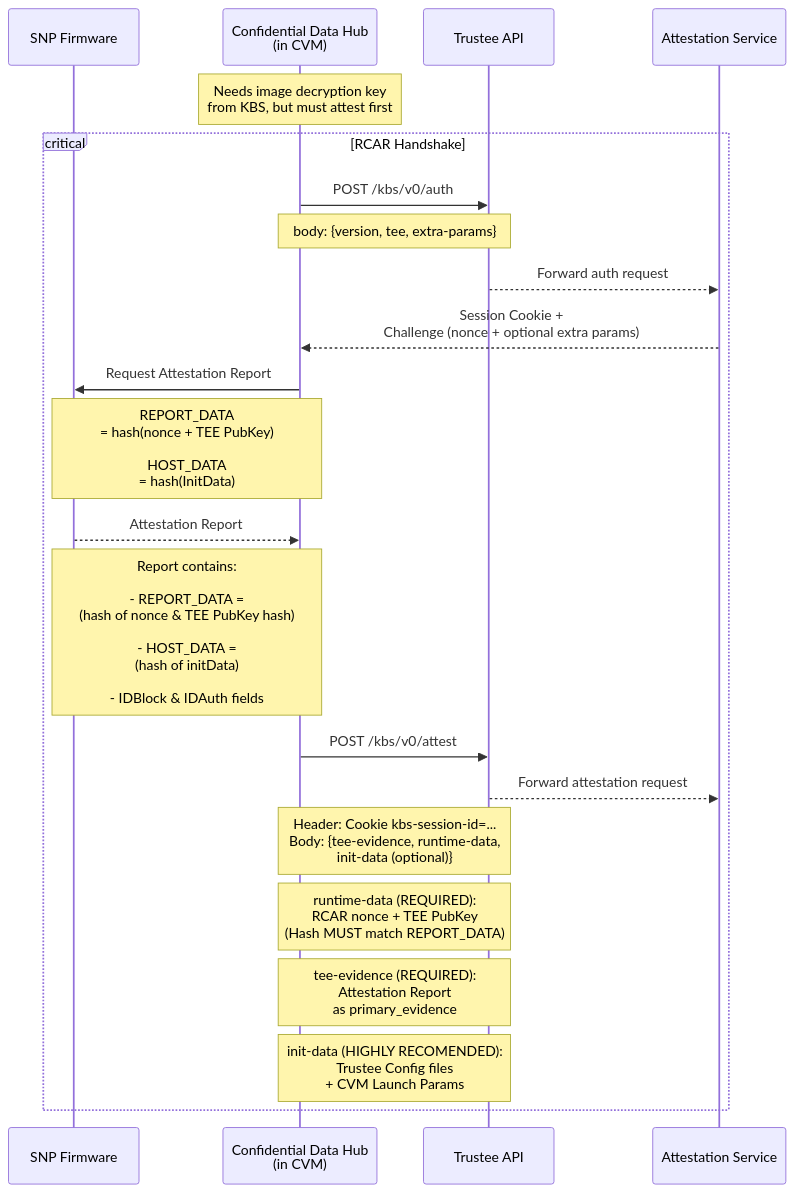
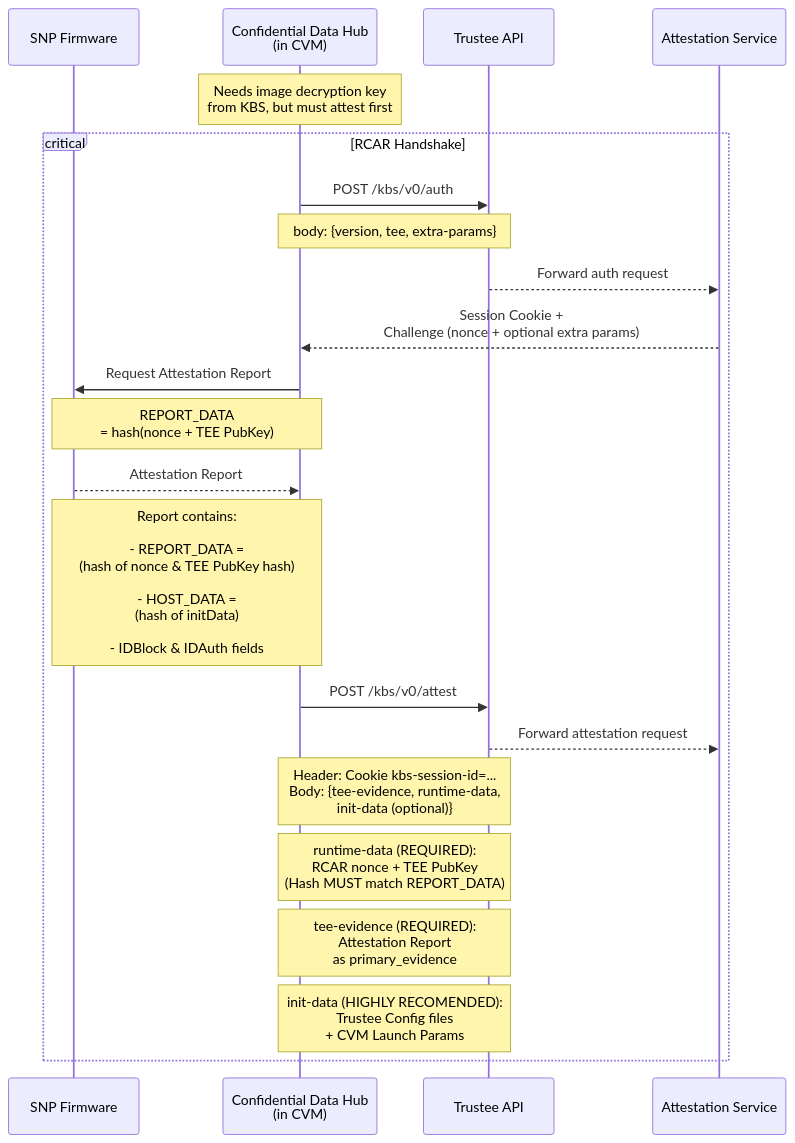
One commit to amd-cmaxwell/trustee changed the fourth of 6 diagrams in kbs/src/plugins/implementations/sams/README.md. Above: the diagram before and after it, drawn with Mermaid.

Commit message:
SAMS README: remove implication that CDH sets the HOST_DATA field of the attestation report in sequenceDiagram 4.
HOST_DATA is set by the Kata-Runtime

````diff
--- a/kbs/src/plugins/implementations/sams/README.md
+++ b/kbs/src/plugins/implementations/sams/README.md
@@ -214,28 +214,28 @@
 ```mermaid
 sequenceDiagram
     participant fw as SNP Firmware
     participant cdh as Confidential Data Hub<br>(in CVM)
     participant api as Trustee API
     participant trustee_as as Attestation Service
 
     note over cdh: Needs image decryption key<br>from KBS, but must attest first
 
     critical RCAR Handshake
         cdh ->> api: POST /kbs/v0/auth
         note over cdh, api: body: {version, tee, extra-params}
         api -->> trustee_as: Forward auth request
         trustee_as -->> cdh: Session Cookie +<br>Challenge (nonce + optional extra params)
 
         cdh ->> fw: Request Attestation Report
-        note over cdh, fw: REPORT_DATA <br>= hash(nonce + TEE PubKey)<br><br>HOST_DATA<br>= hash(InitData)
+        note over cdh, fw: REPORT_DATA <br>= hash(nonce + TEE PubKey)
         fw -->> cdh: Attestation Report
         note over fw, cdh: Report contains:<br><br>- REPORT_DATA = <br>(hash of nonce & TEE PubKey hash)<br><br>- HOST_DATA =<br>(hash of initData)<br><br>- IDBlock & IDAuth fields
 
         cdh ->> api: POST /kbs/v0/attest
         api -->> trustee_as: Forward attestation request
         note over cdh, api: Header: Cookie kbs-session-id=...<br>Body: {tee-evidence, runtime-data,<br>init-data (optional)}
         note over cdh, api: runtime-data (REQUIRED):<br>RCAR nonce + TEE PubKey<br>(Hash MUST match REPORT_DATA)
         note over cdh, api: tee-evidence (REQUIRED):<br>Attestation Report <br>as primary_evidence
         note over cdh, api: init-data (HIGHLY RECOMENDED):<br> Trustee Config files<br> + CVM Launch Params
     end
 ```
````
